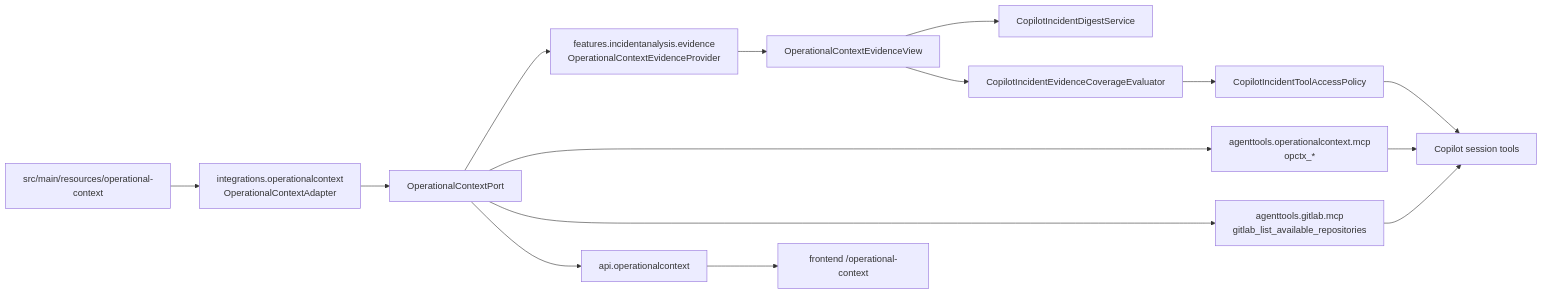
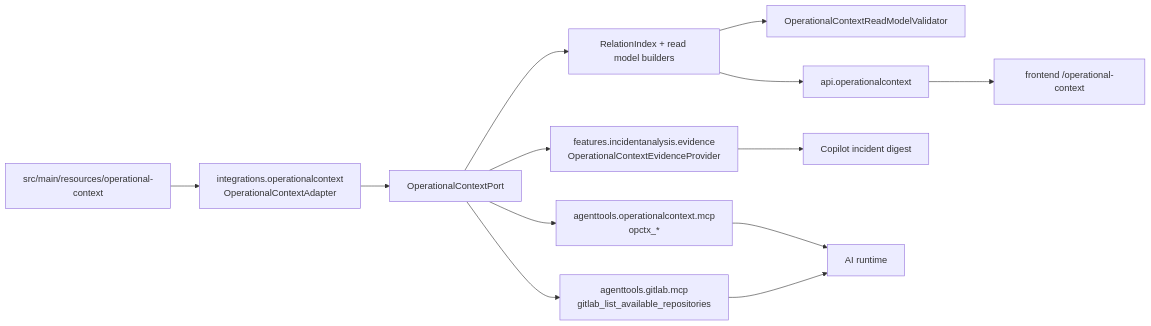
One commit to herald-assistant/incident-tracker changed the diagram in docs/architecture/08-operational-context-model-tools-and-usage.md. Above: the diagram before and after it, drawn with Mermaid. The commit also changed other lines of this file and 58 other files, not shown here.

Commit message:
operational-context write model

````diff
--- a/docs/architecture/08-operational-context-model-tools-and-usage.md
+++ b/docs/architecture/08-operational-context-model-tools-and-usage.md
@@ -805,22 +851,19 @@
 ```mermaid
 flowchart LR
     CFG["src/main/resources/operational-context"] --> ADAPTER["integrations.operationalcontext\nOperationalContextAdapter"]
     ADAPTER --> PORT["OperationalContextPort"]
+    PORT --> INDEX["RelationIndex + read model builders"]
+    INDEX --> VALIDATOR["OperationalContextReadModelValidator"]
 
     PORT --> EVIDENCE["features.incidentanalysis.evidence\nOperationalContextEvidenceProvider"]
-    EVIDENCE --> VIEW["OperationalContextEvidenceView"]
-    VIEW --> DIGEST["CopilotIncidentDigestService"]
-    VIEW --> COVERAGE["CopilotIncidentEvidenceCoverageEvaluator"]
+    EVIDENCE --> COPILOTDIGEST["Copilot incident digest"]
 
     PORT --> OPCTXTOOLS["agenttools.operationalcontext.mcp\nopctx_*"]
-    OPCTXTOOLS --> COPILOT["Copilot session tools"]
+    OPCTXTOOLS --> AI["AI runtime"]
+
+    INDEX --> API["api.operationalcontext"]
+    API --> FE["frontend /operational-context"]
 
     PORT --> GITLAB["agenttools.gitlab.mcp\ngitlab_list_available_repositories"]
-    GITLAB --> COPILOT
-
-    PORT --> API["api.operationalcontext"]
-    API --> FE["frontend /operational-context"]
-
-    COVERAGE --> POLICY["CopilotIncidentToolAccessPolicy"]
-    POLICY --> COPILOT
+    GITLAB --> AI
 ```
````
